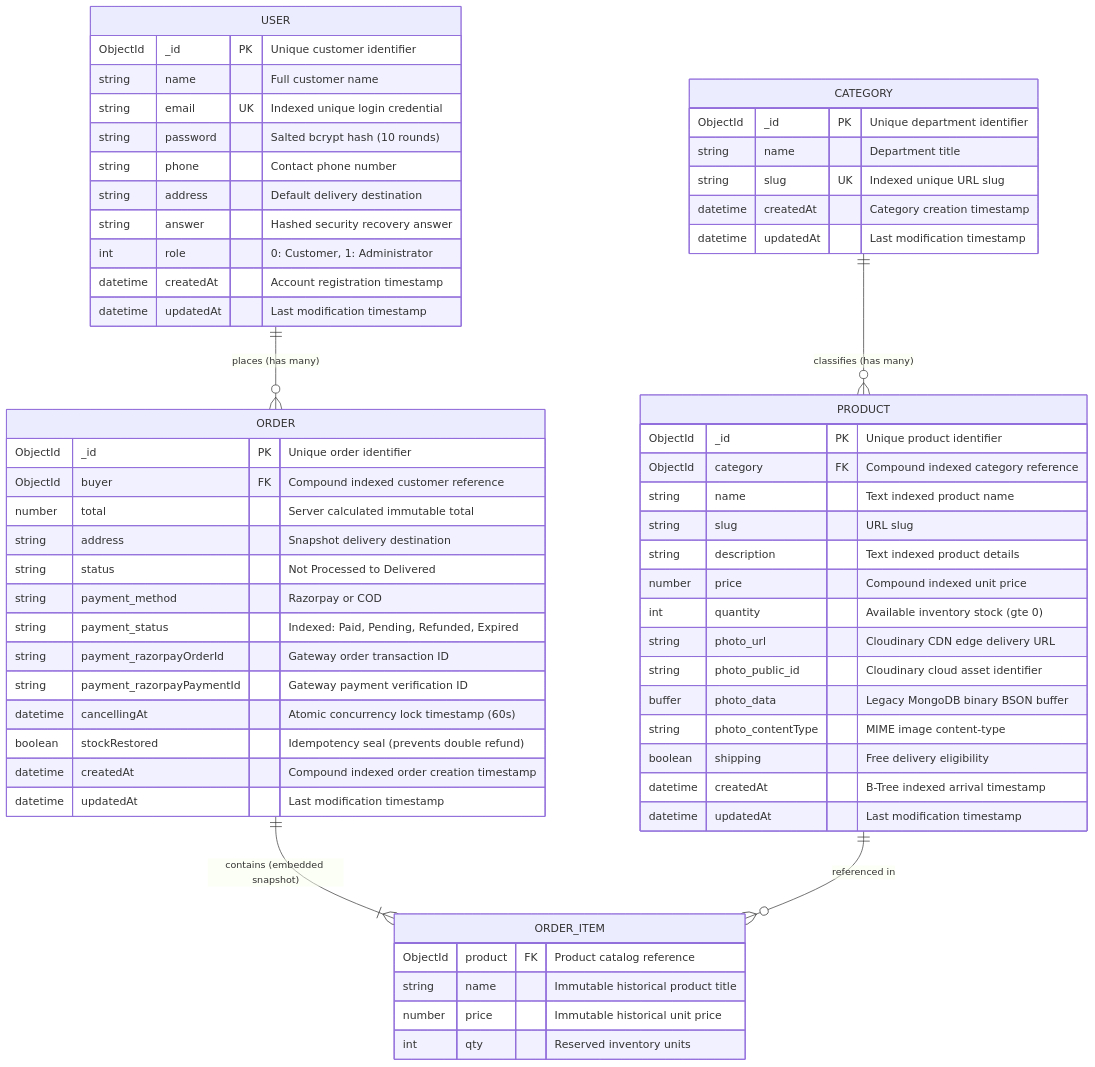
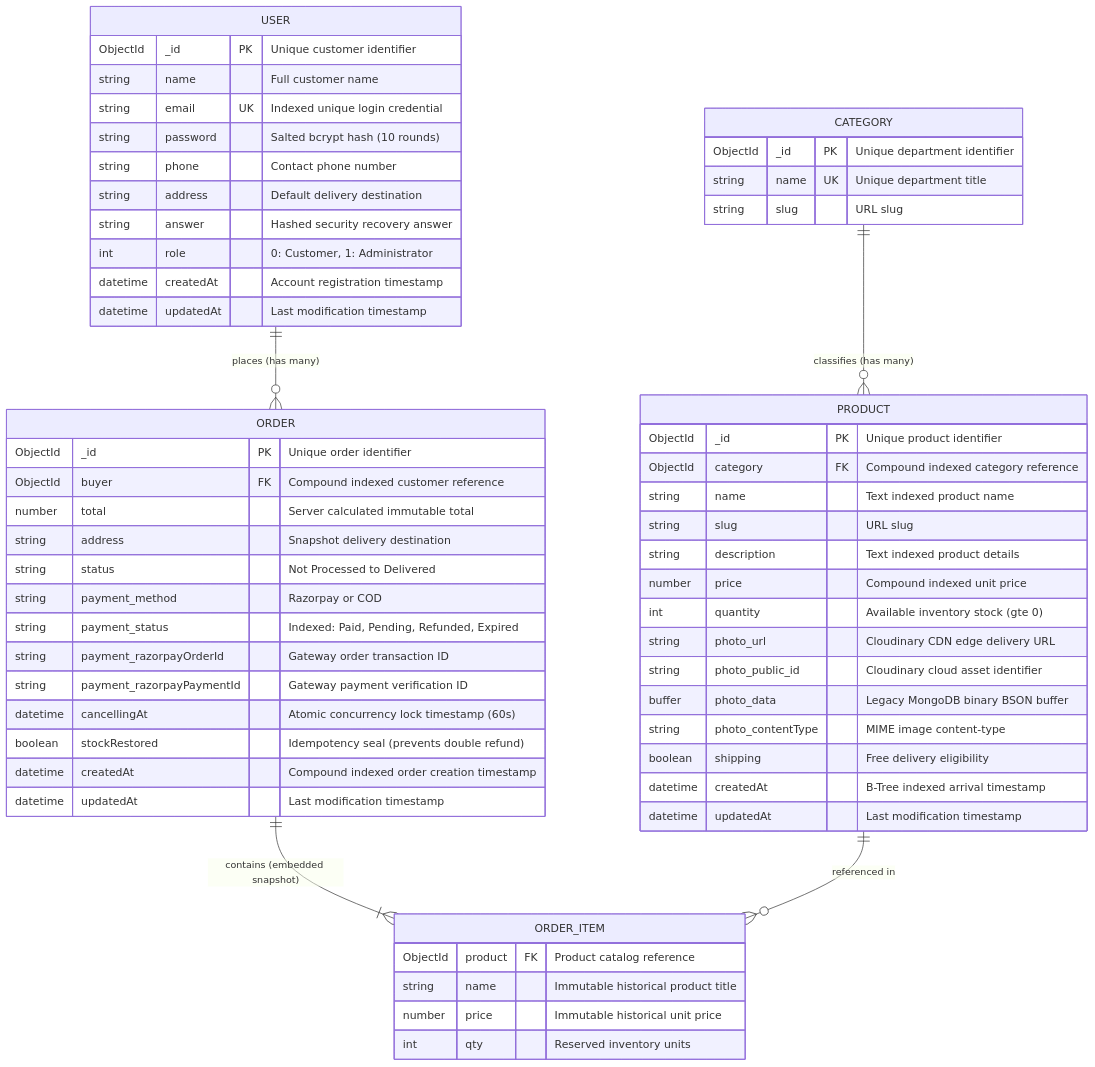
One commit to akshit-max/SnapCart-Ecommerce-APP changed the second of 3 diagrams in README.md. Above: the diagram before and after it, drawn with Mermaid. The commit also changed other lines of this file, not shown here.

Commit message:
docs: finalize placement-ready README ordering, truthful user journeys, and schema alignment

````diff
--- a/README.md
+++ b/README.md
@@ -176,68 +165,66 @@
 ```mermaid
 erDiagram
     USER ||--o{ ORDER : "places (has many)"
     CATEGORY ||--o{ PRODUCT : "classifies (has many)"
     ORDER ||--|{ ORDER_ITEM : "contains (embedded snapshot)"
     PRODUCT ||--o{ ORDER_ITEM : "referenced in"
 
     USER {
         ObjectId _id PK "Unique customer identifier"
         string name "Full customer name"
         string email UK "Indexed unique login credential"
         string password "Salted bcrypt hash (10 rounds)"
         string phone "Contact phone number"
         string address "Default delivery destination"
         string answer "Hashed security recovery answer"
         int role "0: Customer, 1: Administrator"
         datetime createdAt "Account registration timestamp"
         datetime updatedAt "Last modification timestamp"
     }
 
     CATEGORY {
         ObjectId _id PK "Unique department identifier"
-        string name "Department title"
-        string slug UK "Indexed unique URL slug"
-        datetime createdAt "Category creation timestamp"
-        datetime updatedAt "Last modification timestamp"
+        string name UK "Unique department title"
+        string slug "URL slug"
     }
 
     PRODUCT {
         ObjectId _id PK "Unique product identifier"
         ObjectId category FK "Compound indexed category reference"
         string name "Text indexed product name"
         string slug "URL slug"
         string description "Text indexed product details"
         number price "Compound indexed unit price"
         int quantity "Available inventory stock (gte 0)"
         string photo_url "Cloudinary CDN edge delivery URL"
         string photo_public_id "Cloudinary cloud asset identifier"
         buffer photo_data "Legacy MongoDB binary BSON buffer"
         string photo_contentType "MIME image content-type"
         boolean shipping "Free delivery eligibility"
         datetime createdAt "B-Tree indexed arrival timestamp"
         datetime updatedAt "Last modification timestamp"
     }
 
     ORDER {
         ObjectId _id PK "Unique order identifier"
         ObjectId buyer FK "Compound indexed customer reference"
         number total "Server calculated immutable total"
         string address "Snapshot delivery destination"
         string status "Not Processed to Delivered"
         string payment_method "Razorpay or COD"
         string payment_status "Indexed: Paid, Pending, Refunded, Expired"
         string payment_razorpayOrderId "Gateway order transaction ID"
         string payment_razorpayPaymentId "Gateway payment verification ID"
         datetime cancellingAt "Atomic concurrency lock timestamp (60s)"
         boolean stockRestored "Idempotency seal (prevents double refund)"
         datetime createdAt "Compound indexed order creation timestamp"
         datetime updatedAt "Last modification timestamp"
     }
 
     ORDER_ITEM {
         ObjectId product FK "Product catalog reference"
         string name "Immutable historical product title"
         number price "Immutable historical unit price"
         int qty "Reserved inventory units"
     }
 ```
````
